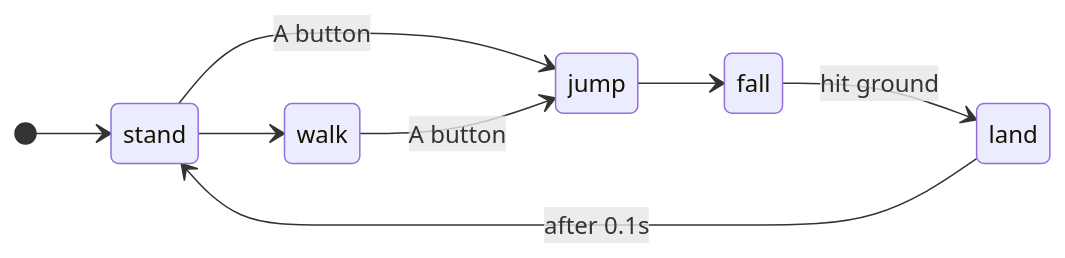
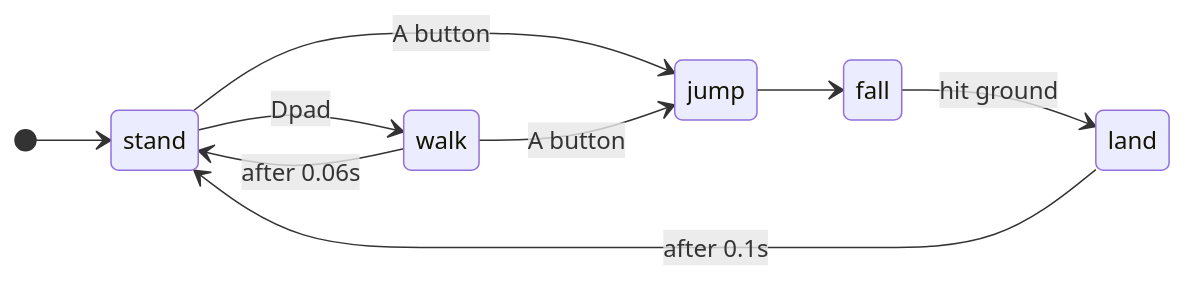
One commit to fortierkids1/KnowledgeBase changed the first of 2 diagrams in Level 1/State Machines.md. Above: the diagram before and after it, drawn with Mermaid. The commit also changed other lines of this file and 8 other files, not shown here.

````diff
--- a/Level 1/State Machines.md
+++ b/Level 1/State Machines.md
@@ -27,13 +45,14 @@
 ```mermaid
 stateDiagram-v2
 	direction LR
 	[*] --> stand
-	stand --> walk
+	stand --> walk : Dpad
 	
 	stand --> jump : A button
 	walk --> jump : A button
 	jump --> fall
 	fall --> land : hit ground
 	
 	land --> stand 	: after 0.1s
+	walk --> stand 	: after 0.06s
 ```
````
